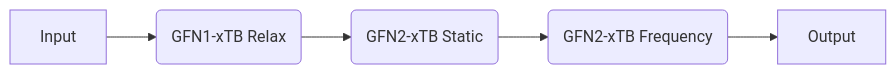
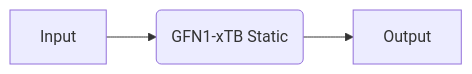
The second of 3 diagrams in docs/user/recipes/tblite.md (Quantum-Accelerators/quacc), drawn with Mermaid before and after one commit. The commit also changed other lines of this file and 2 other files, not shown here.

````diff
--- a/docs/user/recipes/tblite.md
+++ b/docs/user/recipes/tblite.md
@@ -66,4 +56,4 @@
 ```mermaid
 graph LR
-  A[Input] --> B(GFN1-xTB Relax) --> C(GFN2-xTB Static) --> D(GFN2-xTB Frequency) --> E[Output];
+  A[Input] --> B(GFN1-xTB Static) --> C[Output];
 ```
````
